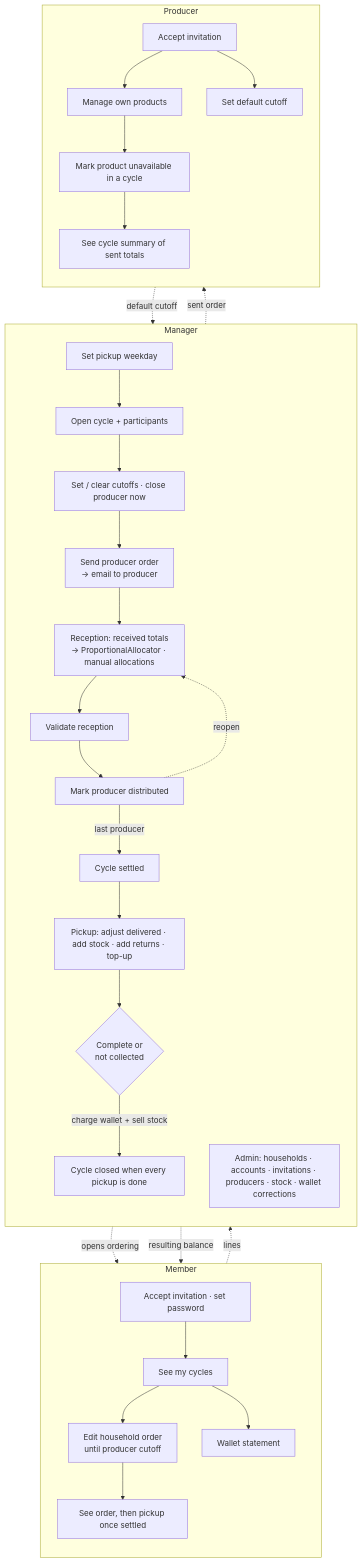
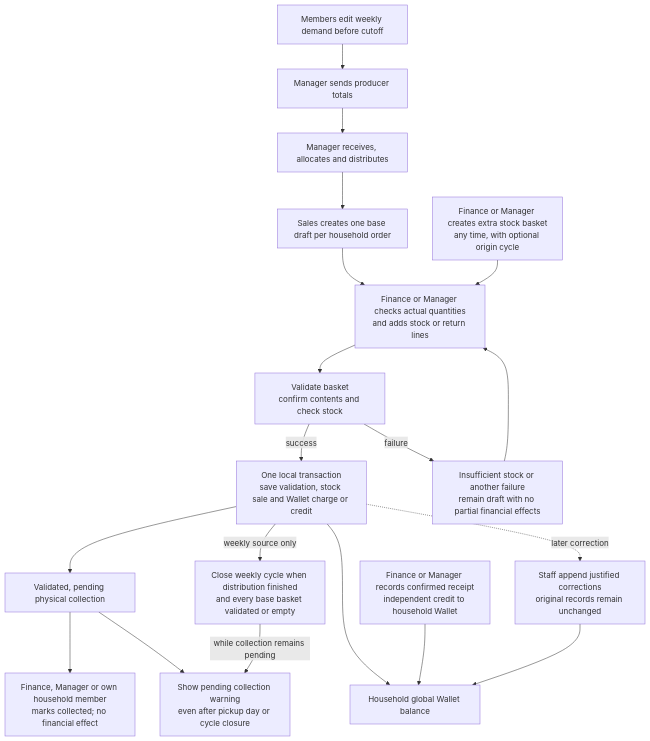
One commit to dadraude/guixa changed the third of 3 diagrams in specs/001-weekly-orders/diagrams.md. Above: the diagram before and after it, drawn with Mermaid. The commit also changed other lines of this file and 18 other files, not shown here.

Commit message:
docs(specs): define catalog sales and finance amendment (DRA-206)

````diff
--- a/specs/001-weekly-orders/diagrams.md
+++ b/specs/001-weekly-orders/diagrams.md
@@ -109,40 +113,32 @@
 ```mermaid
 flowchart TB
-    subgraph Manager
-        direction TB
-        M0[Set pickup weekday] --> M1[Open cycle + participants]
-        M1 --> M2[Set / clear cutoffs · close producer now]
-        M2 --> M3[Send producer order<br/>→ email to producer]
-        M3 --> M4[Reception: received totals<br/>→ ProportionalAllocator · manual allocations]
-        M4 --> M5[Validate reception]
-        M5 --> M6[Mark producer distributed]
-        M6 -->|last producer| M7[Cycle settled]
-        M7 --> M8[Pickup: adjust delivered · add stock · add returns · top-up]
-        M8 --> M9{Complete or<br/>not collected}
-        M9 -->|charge wallet + sell stock| M10[Cycle closed when every pickup is done]
-        M6 -. reopen .-> M4
-        MA[Admin: households · accounts · invitations · producers · stock · wallet corrections]
-    end
+    O[Members edit weekly demand before cutoff]
+    P[Manager sends producer totals]
+    R[Manager receives, allocates and distributes]
+    D[Sales creates one base draft per household order]
+    S[Finance or Manager creates extra stock basket<br/>any time, with optional origin cycle]
+    E[Finance or Manager checks actual quantities<br/>and adds stock or return lines]
+    V[Validate basket<br/>confirm contents and check stock]
+    A[One local transaction<br/>save validation, stock sale and Wallet charge or credit]
+    F[Insufficient stock or another failure<br/>remain draft with no partial financial effects]
+    CP[Validated, pending physical collection]
+    CC[Finance, Manager or own household member<br/>marks collected; no financial effect]
+    CL[Close weekly cycle when distribution finished<br/>and every base basket validated or empty]
+    WARN[Show pending collection warning<br/>even after pickup day or cycle closure]
+    PAY[Finance or Manager records confirmed receipt<br/>independent credit to household Wallet]
+    WB[Household global Wallet balance]
+    COR[Staff append justified corrections<br/>original records remain unchanged]
 
-    subgraph Member
-        direction TB
-        U0[Accept invitation · set password] --> U1[See my cycles]
-        U1 --> U2[Edit household order<br/>until producer cutoff]
-        U2 --> U3[See order, then pickup once settled]
-        U1 --> U4[Wallet statement]
-    end
-
-    subgraph Producer
-        direction TB
-        P0[Accept invitation] --> P1[Manage own products]
-        P0 --> P2[Set default cutoff]
-        P1 --> P3[Mark product unavailable in a cycle]
-        P3 --> P4[See cycle summary of sent totals]
-    end
-
-    M1 -. opens ordering .-> U2
-    P2 -. default cutoff .-> M1
-    U2 -. lines .-> M3
-    M3 -. sent order .-> P4
-    M8 -. resulting balance .-> U4
+    O --> P --> R --> D --> E
+    S --> E
+    E --> V
+    V -->|success| A --> CP --> CC
+    V -->|failure| F --> E
+    A -->|weekly source only| CL
+    CP --> WARN
+    CL -->|while collection remains pending| WARN
+    A --> WB
+    PAY --> WB
+    A -. later correction .-> COR
+    COR --> WB
 ```
````
